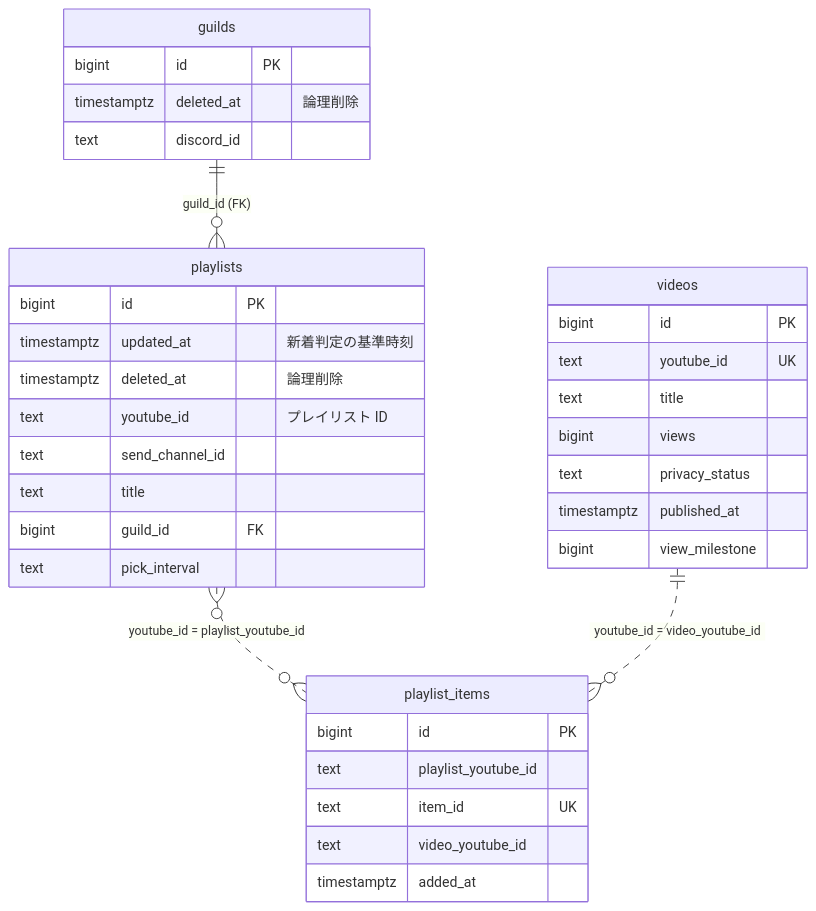
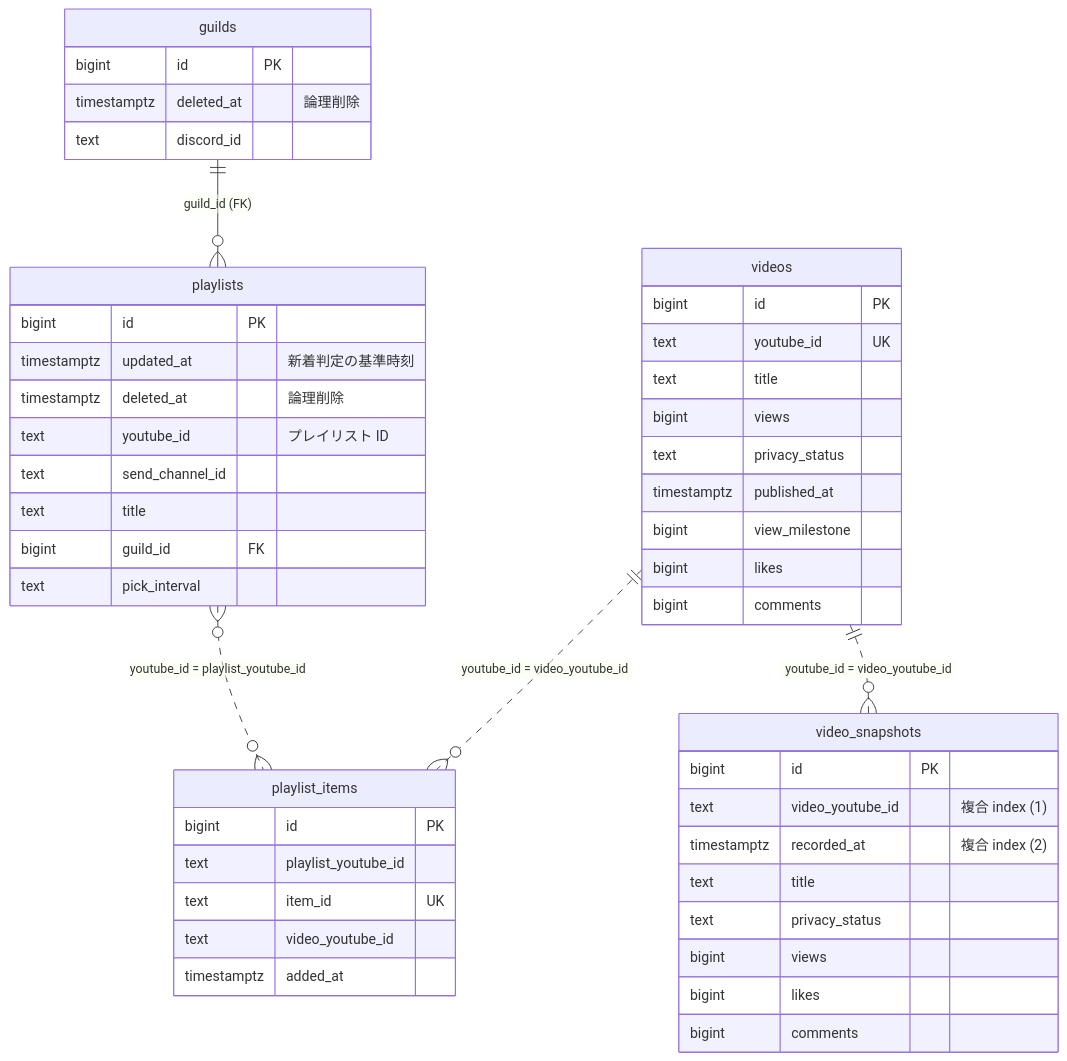
Before and after one commit to tabo-syu/discord-playlist-notifier: the first of 5 diagrams in README.md, drawn with Mermaid. The commit also changed other lines of this file and 15 other files, not shown here.

````diff
--- a/README.md
+++ b/README.md
@@ -125,38 +134,51 @@
 ```mermaid
 erDiagram
     guilds ||--o{ playlists : "guild_id (FK)"
     playlists }o..o{ playlist_items : "youtube_id = playlist_youtube_id"
     videos ||..o{ playlist_items : "youtube_id = video_youtube_id"
+    videos ||..o{ video_snapshots : "youtube_id = video_youtube_id"
 
     guilds {
         bigint id PK
         timestamptz deleted_at "論理削除"
         text discord_id
     }
     playlists {
         bigint id PK
         timestamptz updated_at "新着判定の基準時刻"
         timestamptz deleted_at "論理削除"
         text youtube_id "プレイリスト ID"
         text send_channel_id
         text title
         bigint guild_id FK
         text pick_interval
     }
     playlist_items {
         bigint id PK
         text playlist_youtube_id
         text item_id UK
         text video_youtube_id
         timestamptz added_at
     }
     videos {
         bigint id PK
         text youtube_id UK
         text title
         bigint views
         text privacy_status
         timestamptz published_at
         bigint view_milestone
+        bigint likes
+        bigint comments
+    }
+    video_snapshots {
+        bigint id PK
+        text video_youtube_id "複合 index (1)"
+        timestamptz recorded_at "複合 index (2)"
+        text title
+        text privacy_status
+        bigint views
+        bigint likes
+        bigint comments
     }
 ```
````
